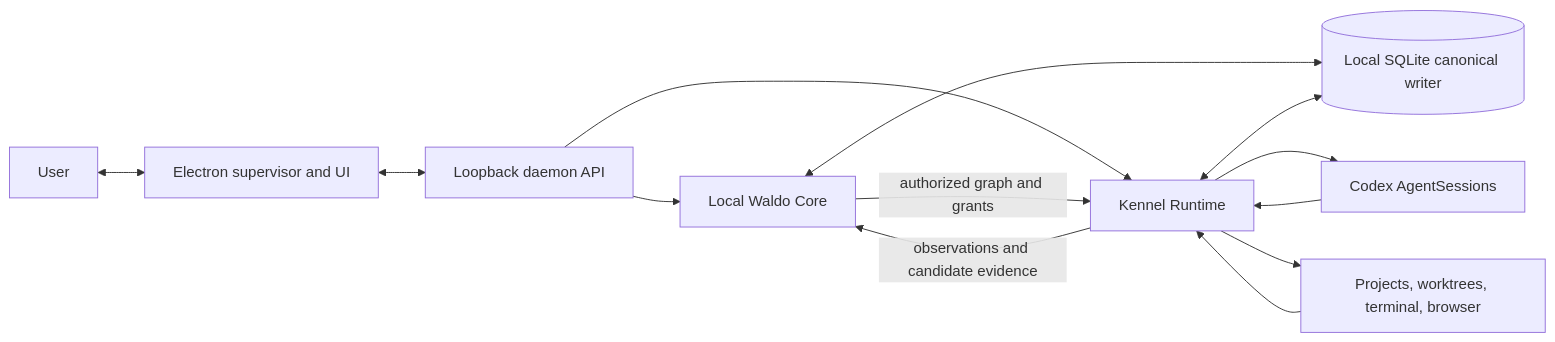
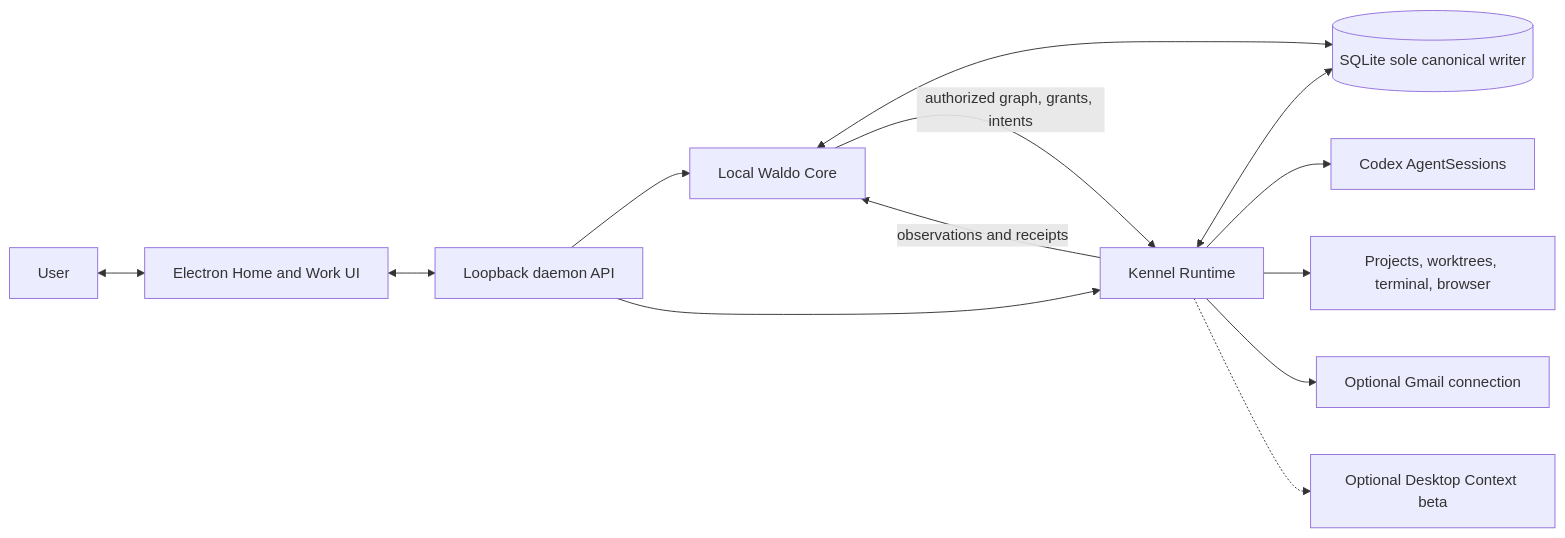
The second of 2 diagrams in docs/product/kennel-v1-team-review-packet.md (Pin4sf/Waldo-Kennel), drawn with Mermaid before and after one commit. The commit also changed other lines of this file and 8 other files, not shown here.

````diff
--- a/docs/product/kennel-v1-team-review-packet.md
+++ b/docs/product/kennel-v1-team-review-packet.md
@@ -211,15 +173,15 @@
 ```mermaid
 flowchart LR
-  U["User"] <--> E["Electron supervisor and UI"]
-  E <--> API["Loopback daemon API"]
+  U["User"] <--> UI["Electron Home and Work UI"]
+  UI <--> API["Loopback daemon API"]
   API --> W["Local Waldo Core"]
   API --> K["Kennel Runtime"]
-  W <--> DB[("Local SQLite canonical writer")]
+  W <--> DB[("SQLite sole canonical writer")]
   K <--> DB
   K --> C["Codex AgentSessions"]
-  K --> WS["Projects, worktrees, terminal, browser"]
-  C --> K
-  WS --> K
-  K -->|"observations and candidate evidence"| W
-  W -->|"authorized graph and grants"| K
+  K --> F["Projects, worktrees, terminal, browser"]
+  K --> G["Optional Gmail connection"]
+  K -.-> D["Optional Desktop Context beta"]
+  K -->|"observations and receipts"| W
+  W -->|"authorized graph, grants, intents"| K
 ```
````
